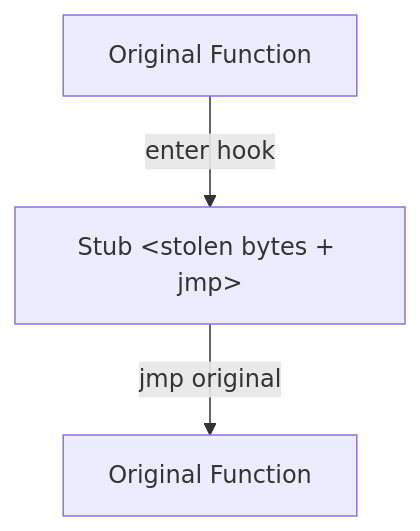
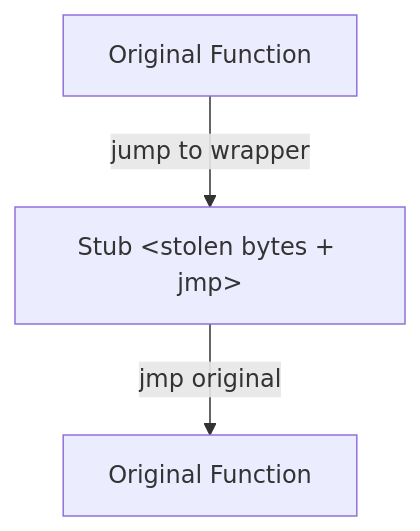
Before and after one commit to Reloaded-Project/Reloaded.Hooks-rs: the third of 3 diagrams in docs/dev/design/function-hooks/overview.md, drawn with Mermaid. The commit also changed other lines of this file and 5 other files, not shown here.

````diff
--- a/docs/dev/design/function-hooks/overview.md
+++ b/docs/dev/design/function-hooks/overview.md
@@ -56,5 +70,5 @@
 ```mermaid
 flowchart TD
-    orig[Original Function] -- enter hook --> stub["Stub &lt;stolen bytes + jmp&gt;"]
+    orig[Original Function] -- jump to wrapper --> stub["Stub &lt;stolen bytes + jmp&gt;"]
     stub -- "jmp original" --> original["Original Function"]
 ```
````
